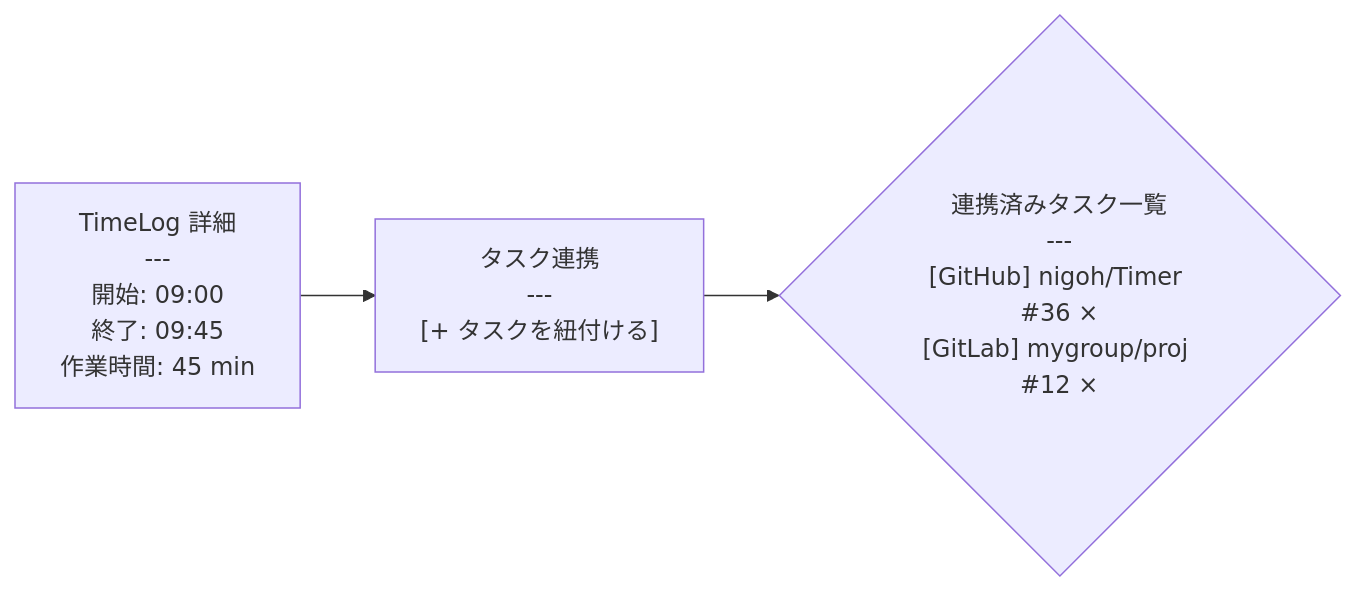
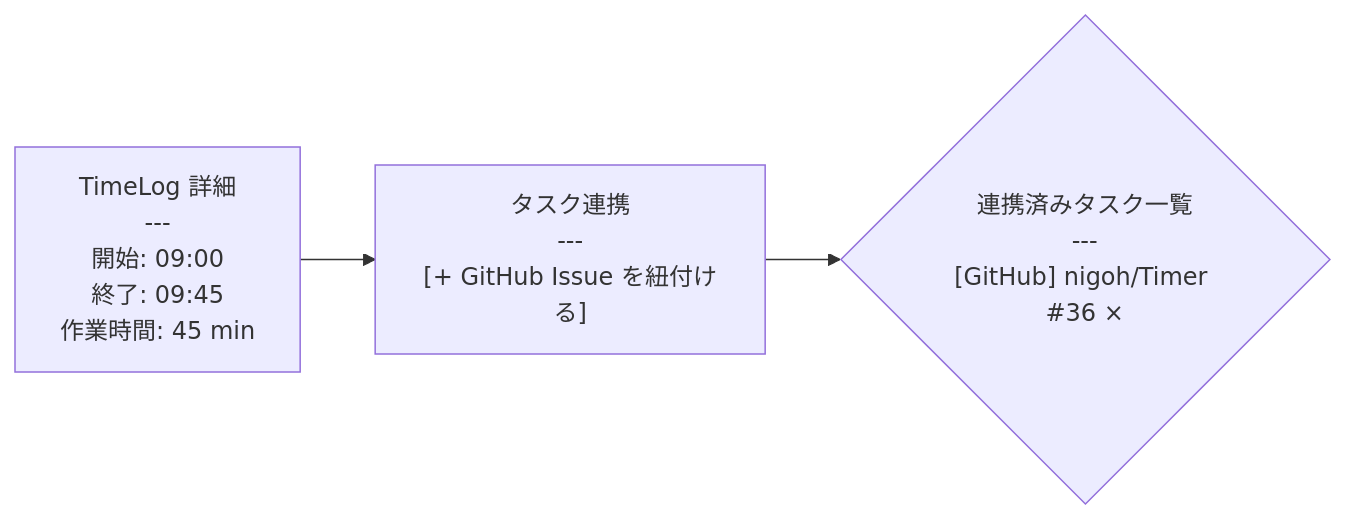
One commit to nigoh/Timer changed the second of 2 diagrams in docs/DESIGN_GITHUB_GITLAB_INTEGRATION.md. Above: the diagram before and after it, drawn with Mermaid. The commit also changed other lines of this file, not shown here.

Commit message:
docs: scope design doc to GitHub only, clarify API approach

````diff
--- a/docs/DESIGN_GITHUB_GITLAB_INTEGRATION.md
+++ b/docs/DESIGN_GITHUB_GITLAB_INTEGRATION.md
@@ -63,5 +62,5 @@
 ```mermaid
 flowchart LR
-    A["TimeLog 詳細\n---\n開始: 09:00\n終了: 09:45\n作業時間: 45 min"] --> B["タスク連携\n---\n[+ タスクを紐付ける]"]
-    B --> C{"連携済みタスク一覧\n---\n[GitHub] nigoh/Timer #36 ×\n[GitLab] mygroup/proj #12 ×"}
+    A["TimeLog 詳細\n---\n開始: 09:00\n終了: 09:45\n作業時間: 45 min"] --> B["タスク連携\n---\n[+ GitHub Issue を紐付ける]"]
+    B --> C{"連携済みタスク一覧\n---\n[GitHub] nigoh/Timer #36 ×"}
 ```
````
